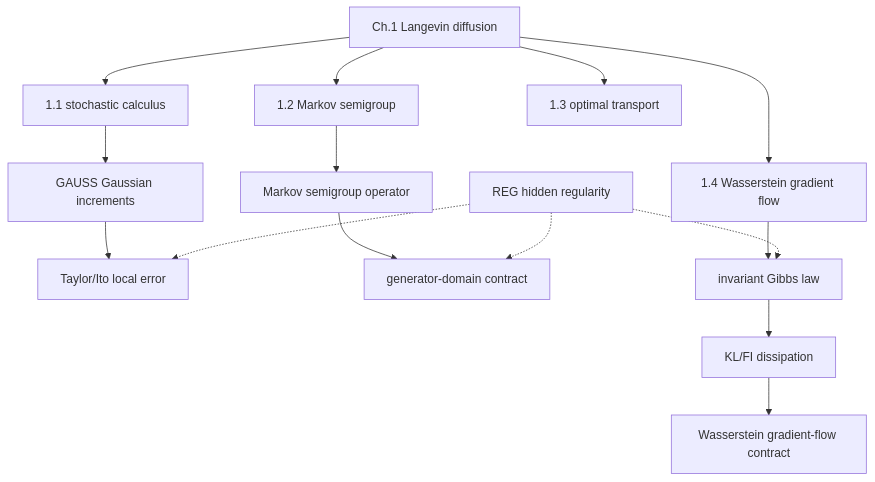
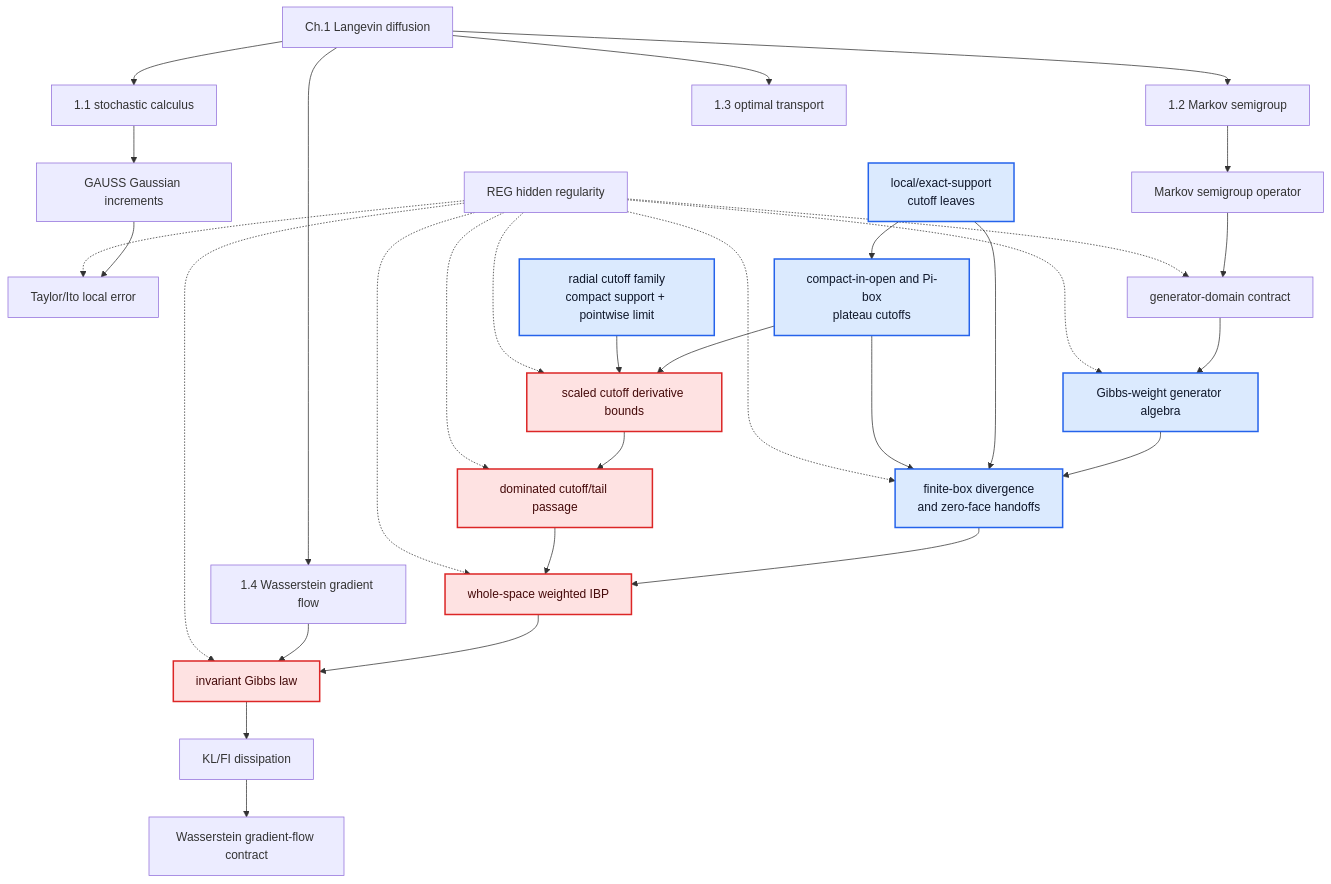
One commit to DakeBU/Auto-Sampling-Theory-In-Sleep changed the third of 14 diagrams in research-wiki/lemma-dags/log_concave_sampling_foundation.md. Above: the diagram before and after it, drawn with Mermaid. The commit also changed other lines of this file and 149 other files, not shown here.

````diff
--- a/research-wiki/lemma-dags/log_concave_sampling_foundation.md
+++ b/research-wiki/lemma-dags/log_concave_sampling_foundation.md
@@ -220,27 +245,49 @@
 ```mermaid
 flowchart TD
   C1[Ch.1 Langevin diffusion]
   SC[1.1 stochastic calculus]
   MS[1.2 Markov semigroup]
   OT[1.3 optimal transport]
   WGF[1.4 Wasserstein gradient flow]
   GAUSS[GAUSS Gaussian increments]
   TAY[Taylor/Ito local error]
   SEM[Markov semigroup operator]
   GEN[generator-domain contract]
-  INV[invariant Gibbs law]
+  GENALG[Gibbs-weight generator algebra]:::blue
+  BOX[finite-box divergence<br/>and zero-face handoffs]:::blue
+  LOCAL[local/exact-support<br/>cutoff leaves]:::blue
+  PLATEAU[compact-in-open and Pi-box<br/>plateau cutoffs]:::blue
+  RADIAL[radial cutoff family<br/>compact support + pointwise limit]:::blue
+  DERIV[scaled cutoff derivative bounds]:::red
+  TAIL[dominated cutoff/tail passage]:::red
+  IBP[whole-space weighted IBP]:::red
+  INV[invariant Gibbs law]:::red
   KL[KL/FI dissipation]
   W2[Wasserstein gradient-flow contract]
   REG[REG hidden regularity]
 
   C1 --> SC
   C1 --> MS
   C1 --> OT
   C1 --> WGF
   SC --> GAUSS --> TAY
   MS --> SEM --> GEN
+  GEN --> GENALG --> BOX --> IBP --> INV
+  LOCAL --> BOX
+  LOCAL --> PLATEAU
+  PLATEAU --> BOX
+  PLATEAU --> DERIV
+  RADIAL --> DERIV --> TAIL --> IBP
   WGF --> INV --> KL --> W2
   REG -.-> TAY
   REG -.-> GEN
+  REG -.-> GENALG
+  REG -.-> BOX
+  REG -.-> DERIV
+  REG -.-> TAIL
+  REG -.-> IBP
   REG -.-> INV
+
+  classDef blue fill:#dbeafe,stroke:#2563eb,color:#0f172a,stroke-width:2px;
+  classDef red fill:#fee2e2,stroke:#dc2626,color:#450a0a,stroke-width:2px;
 ```
````
